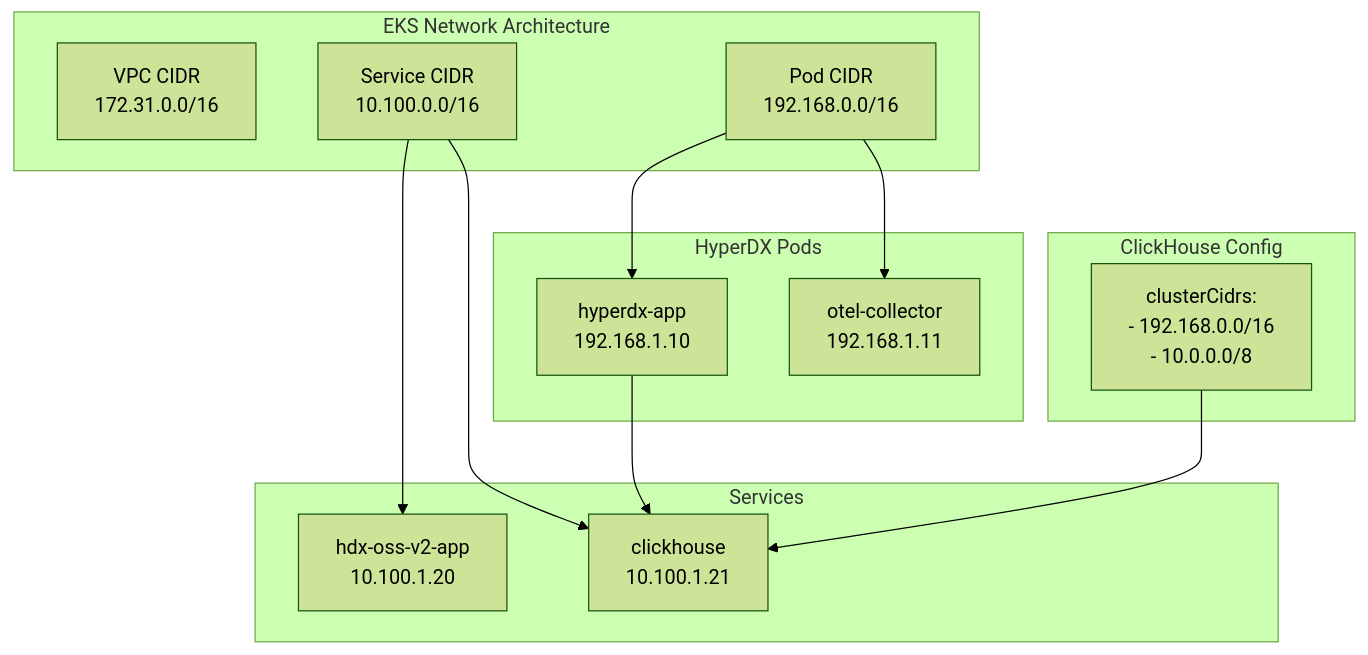
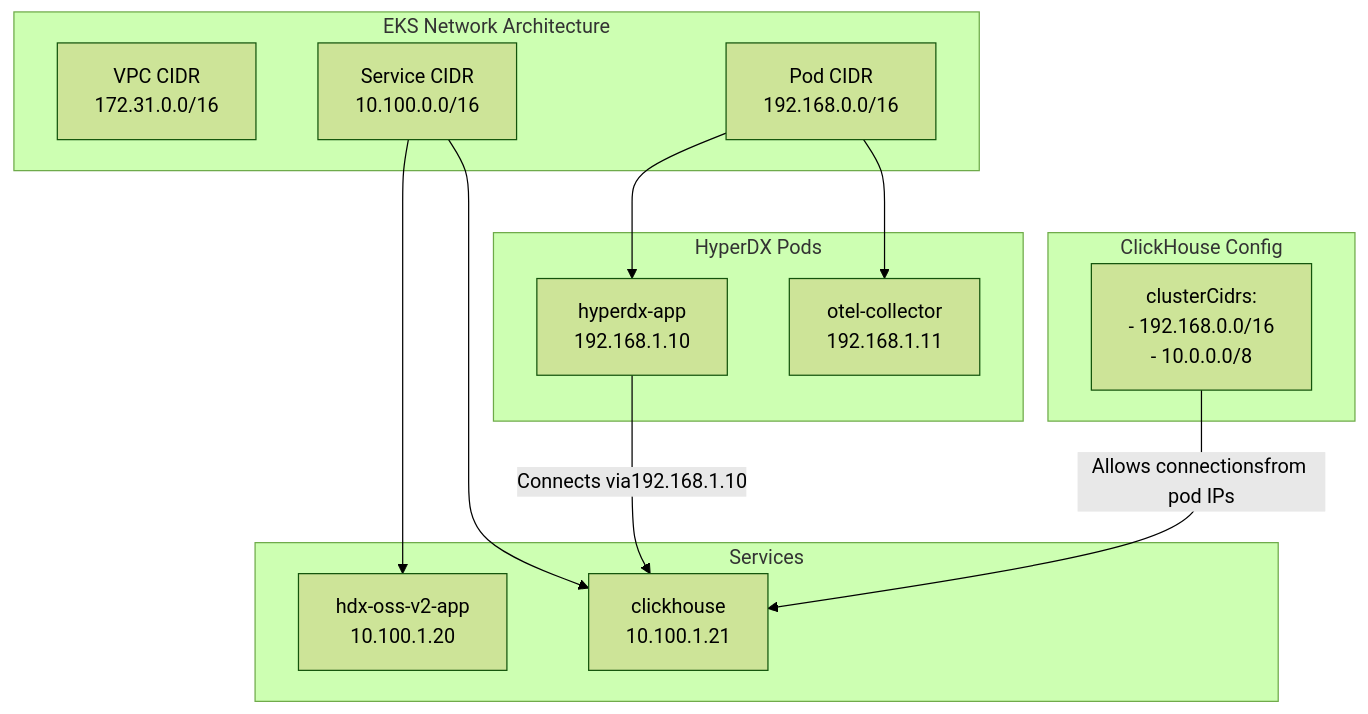
Before and after one commit to openchoreo/openchoreo: the fourth of 7 diagrams in docs/hyperdxio-helm-charts-docs/Cloud-Provider-Specific-Configurations.md, drawn with Mermaid (forest theme). The commit also changed other lines of this file and 85 other files, not shown here.

Commit message:
feat: Add new workflow and specification templates, update Helm chart dependencies, and clarify documentation diagrams.

````diff
--- a/docs/hyperdxio-helm-charts-docs/Cloud-Provider-Specific-Configurations.md
+++ b/docs/hyperdxio-helm-charts-docs/Cloud-Provider-Specific-Configurations.md
@@ -239,39 +239,39 @@
 ```mermaid
 flowchart TD
 
 VPCCDR["VPC CIDR<br>172.31.0.0/16"]
 PodCIDR["Pod CIDR<br>192.168.0.0/16"]
 ServiceCIDR["Service CIDR<br>10.100.0.0/16"]
 AppPod["hyperdx-app<br>192.168.1.10"]
 OTELPod["otel-collector<br>192.168.1.11"]
 AppSvc["hdx-oss-v2-app<br>10.100.1.20"]
 CHSvc["clickhouse<br>10.100.1.21"]
 ClusterCIDRs["clusterCidrs:<br>- 192.168.0.0/16<br>- 10.0.0.0/8"]
 
 PodCIDR --> AppPod
 PodCIDR --> OTELPod
 ServiceCIDR --> AppSvc
 ServiceCIDR --> CHSvc
-AppPod --> CHSvc
-ClusterCIDRs --> CHSvc
+AppPod -->|"Connects via192.168.1.10"| CHSvc
+ClusterCIDRs -->|"Allows connectionsfrom pod IPs"| CHSvc
 
 subgraph subGraph3 ["ClickHouse Config"]
     ClusterCIDRs
 end
 
 subgraph Services ["Services"]
     AppSvc
     CHSvc
 end
 
 subgraph subGraph1 ["HyperDX Pods"]
     AppPod
     OTELPod
 end
 
 subgraph subGraph0 ["EKS Network Architecture"]
     VPCCDR
     PodCIDR
     ServiceCIDR
 end
 ```
````
